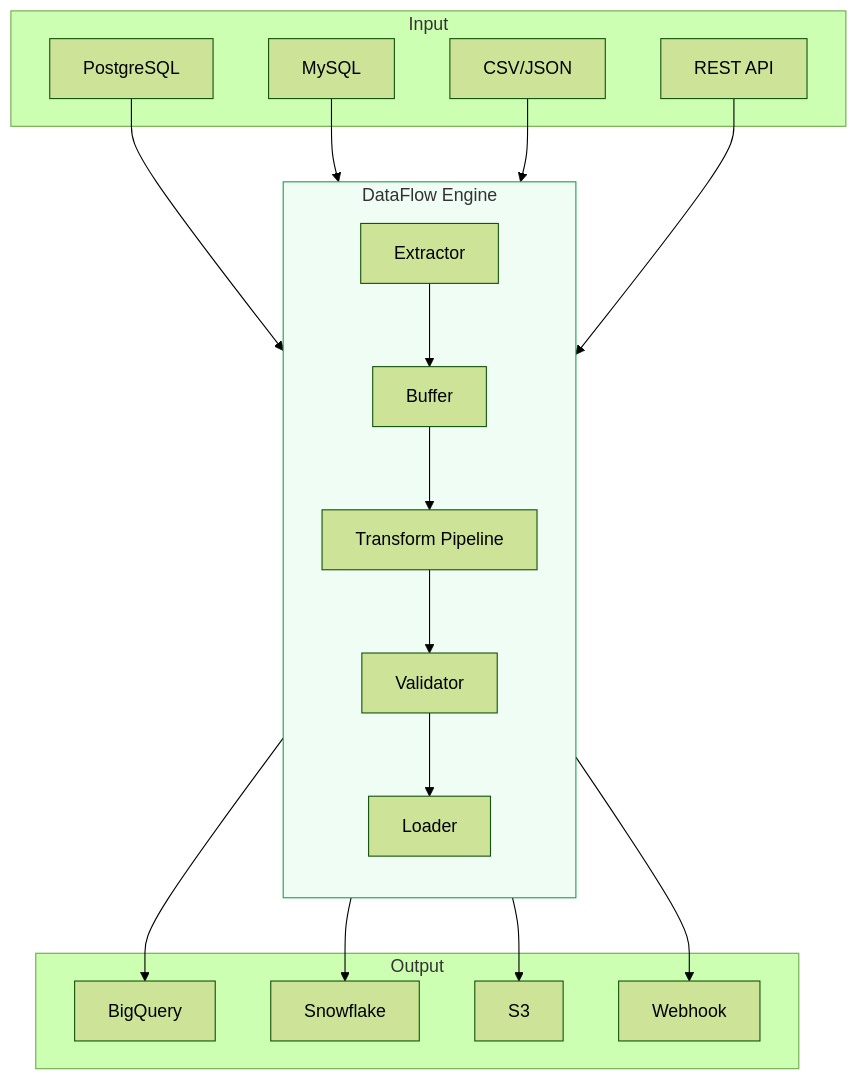
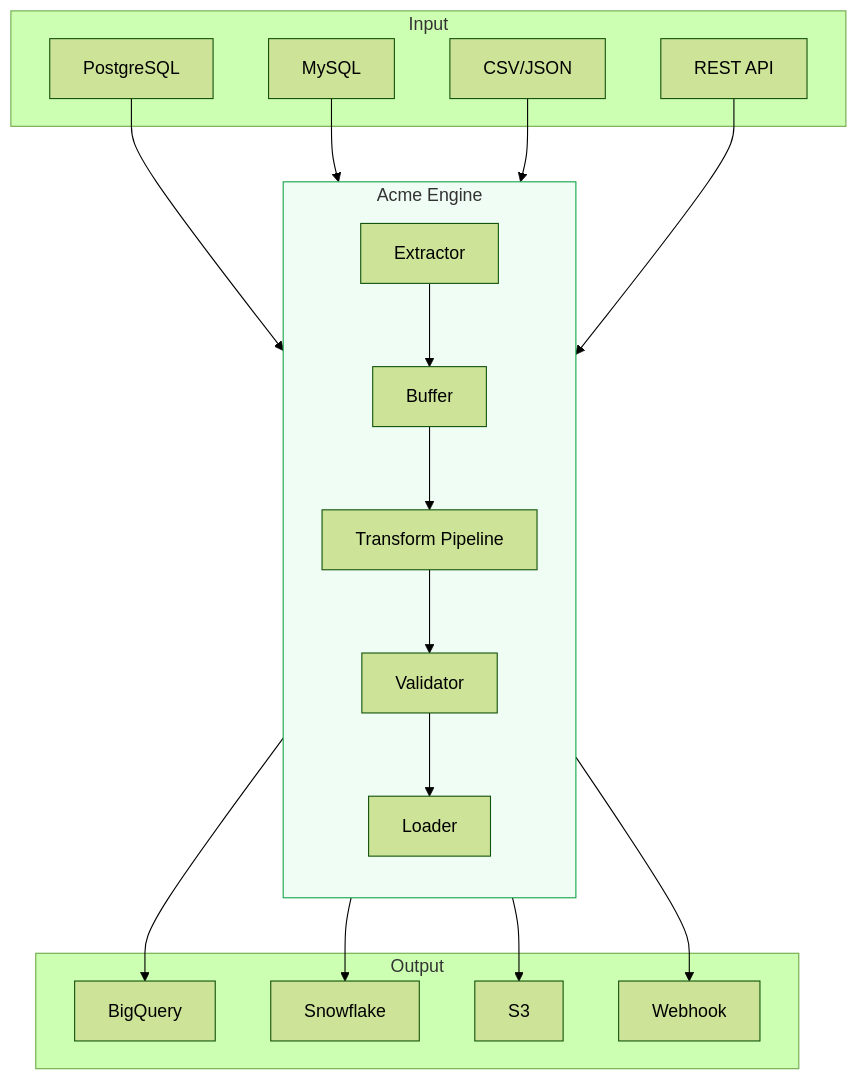
The first of 3 diagrams in concepts/architecture.md (acme-saas/docs), drawn with Mermaid (forest theme) before and after one commit. The commit also changed other lines of this file and 32 other files, not shown here.

````diff
--- a/concepts/architecture.md
+++ b/concepts/architecture.md
@@ -11,29 +11,29 @@
 ```mermaid
 flowchart TB
     subgraph Input
         S1[PostgreSQL]
         S2[MySQL]
         S3[CSV/JSON]
         S4[REST API]
     end
 
-    subgraph Engine ["DataFlow Engine"]
+    subgraph Engine ["Acme Engine"]
         direction TB
         EX[Extractor] --> BUF[Buffer]
         BUF --> TP[Transform Pipeline]
         TP --> VAL[Validator]
         VAL --> LDR[Loader]
     end
 
     subgraph Output
         D1[BigQuery]
         D2[Snowflake]
         D3[S3]
         D4[Webhook]
     end
 
     S1 & S2 & S3 & S4 --> EX
     LDR --> D1 & D2 & D3 & D4
 
     style Engine fill:#f0fdf4,stroke:#16a34a
 ```
````
